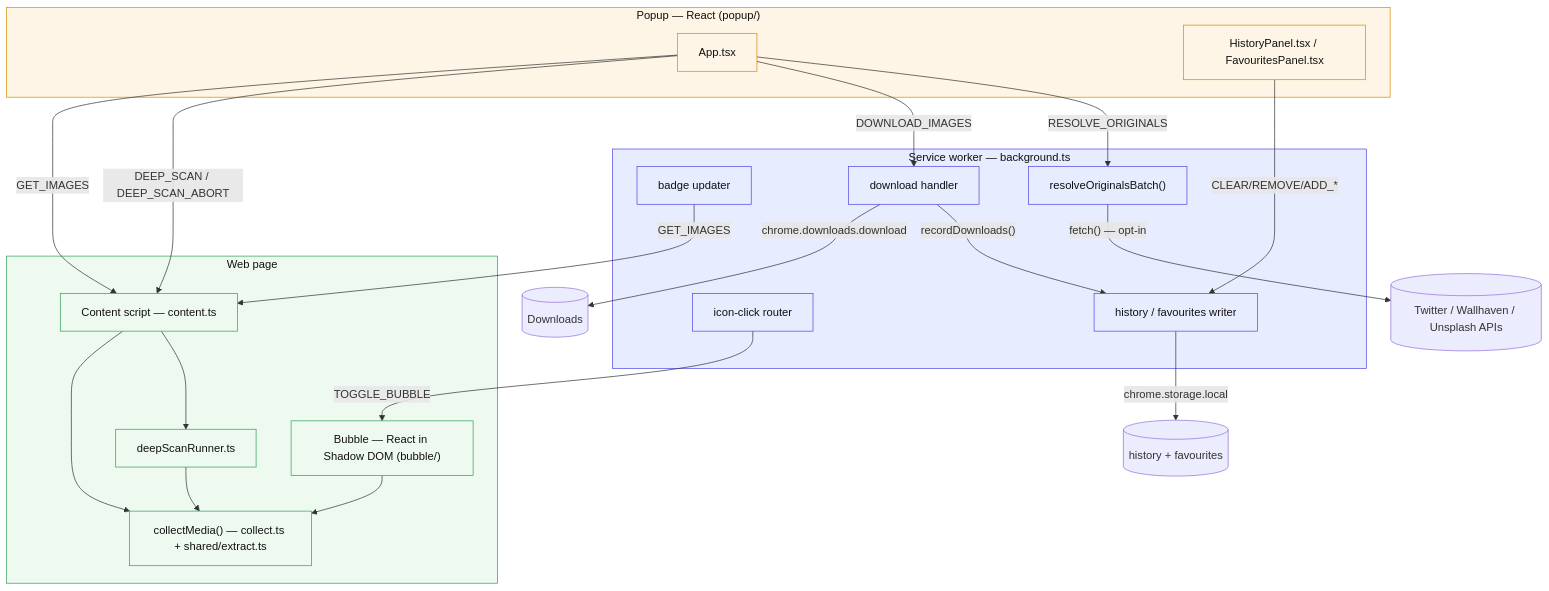
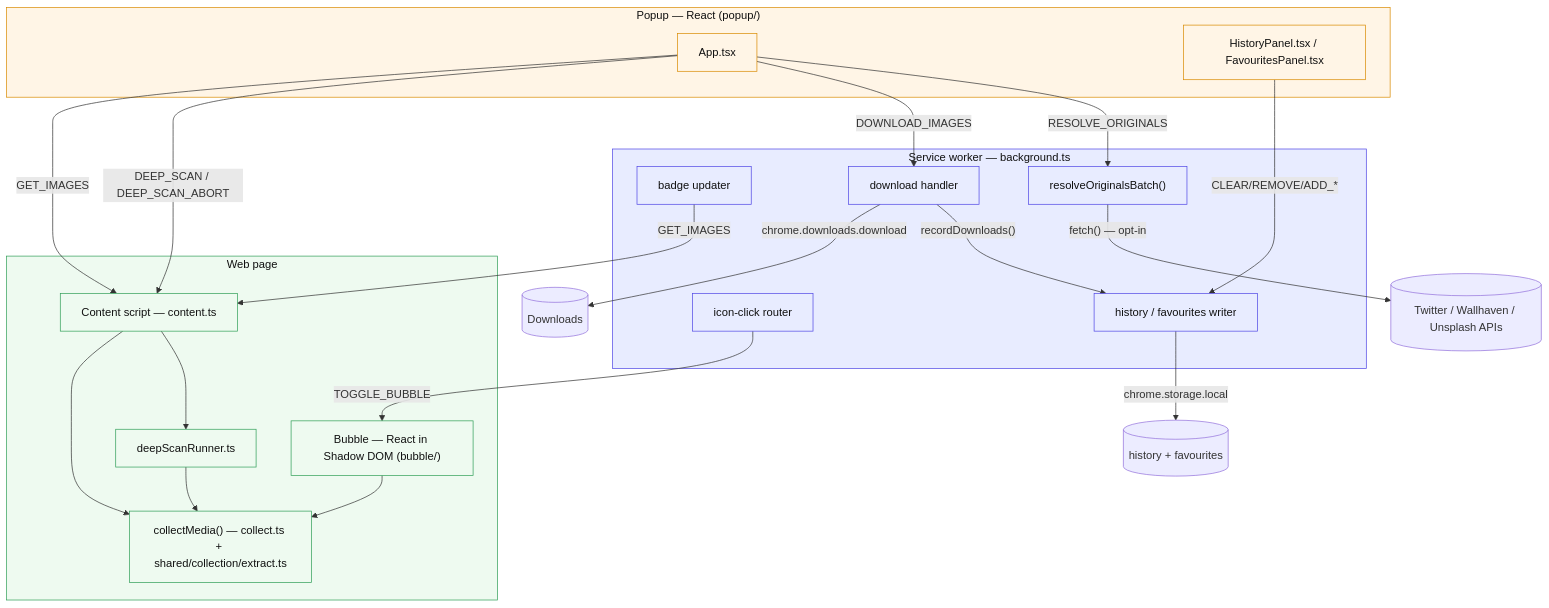
One commit to mralaminahamed/media-bulk-downloads changed the diagram in docs/guides/architecture.md. Above: the diagram before and after it, drawn with Mermaid. The commit also changed other lines of this file and 10 other files, not shown here.

````diff
--- a/docs/guides/architecture.md
+++ b/docs/guides/architecture.md
@@ -9,45 +9,45 @@
 ```mermaid
 flowchart TB
   subgraph SW["Service worker — background.ts"]
     BADGE["badge updater"]
     DL["download handler"]
     ICON["icon-click router"]
     HIST["history / favourites writer"]
     RES["resolveOriginalsBatch()"]
   end
 
   subgraph POP["Popup — React (popup/)"]
     APP1["App.tsx"]
     HP["HistoryPanel.tsx / FavouritesPanel.tsx"]
   end
 
   subgraph PAGE["Web page"]
     CS["Content script — content.ts"]
-    COL["collectMedia() — collect.ts + shared/extract.ts"]
+    COL["collectMedia() — collect.ts + shared/collection/extract.ts"]
     DS["deepScanRunner.ts"]
     BUB["Bubble — React in Shadow DOM (bubble/)"]
   end
 
   APP1 -- GET_IMAGES --> CS
   APP1 -- DEEP_SCAN / DEEP_SCAN_ABORT --> CS
   APP1 -- DOWNLOAD_IMAGES --> DL
   APP1 -- RESOLVE_ORIGINALS --> RES
   HP -- "CLEAR/REMOVE/ADD_*" --> HIST
   CS --> COL
   CS --> DS
   DS --> COL
   ICON -- TOGGLE_BUBBLE --> BUB
   BUB --> COL
   BADGE -- GET_IMAGES --> CS
   DL -- chrome.downloads.download --> DISK[("Downloads")]
   DL -- recordDownloads() --> HIST
   HIST -- chrome.storage.local --> STORE[("history + favourites")]
   RES -- "fetch() — opt-in" --> EXT[("Twitter / Wallhaven / Unsplash APIs")]
 
   classDef sw fill:#e8ecff,stroke:#4f46e5,color:#111;
   classDef pop fill:#fff5e6,stroke:#d98a00,color:#111;
   classDef page fill:#eefaf0,stroke:#2f9e57,color:#111;
   class SW,BADGE,DL,ICON,HIST,RES sw;
   class POP,APP1,HP pop;
   class PAGE,CS,COL,DS,BUB page;
 ```
````
